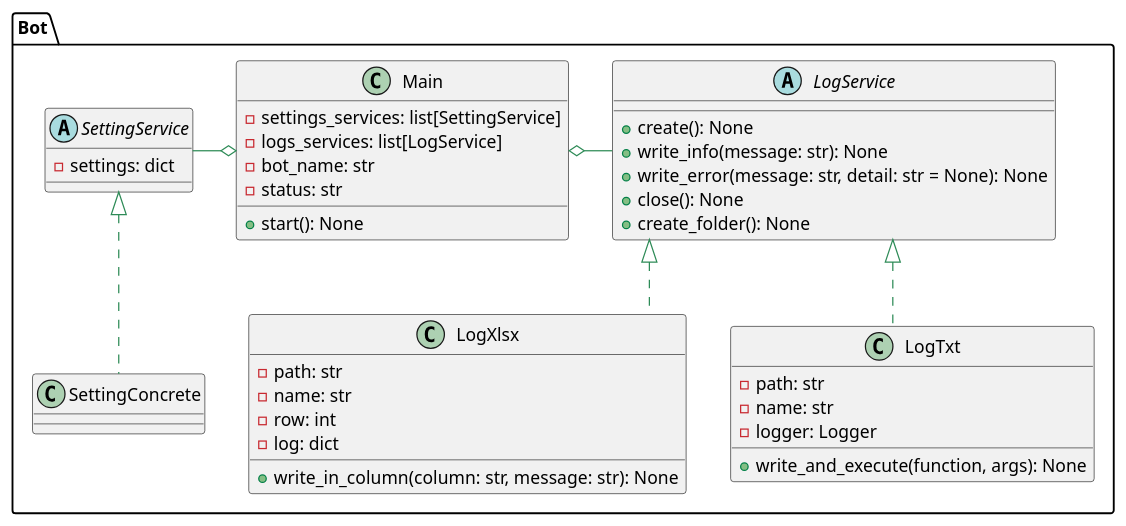
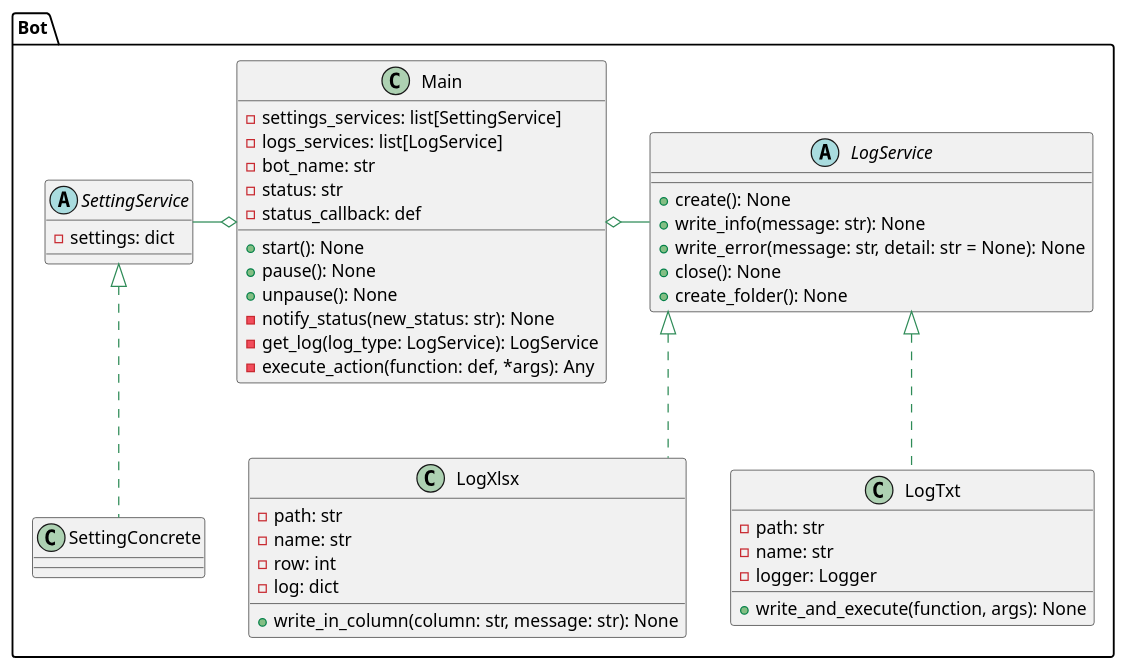
The diagram in diagram.puml (Gabs343/Template-bot), drawn with PlantUML before and after one commit.

Commit message:
diagram updated

```diff
--- a/diagram.puml
+++ b/diagram.puml
@@ -1,54 +1,60 @@
 @startuml  
 skinparam {
     linetype ortho
     ArrowColor SeaGreen
 }
 
 package Bot{
     class Main{
         - settings_services: list[SettingService]
         - logs_services: list[LogService]
         - bot_name: str
         - status: str
+        - status_callback: def
         + start(): None
+        + pause(): None
+        + unpause(): None
+        - notify_status(new_status: str): None
+        - get_log(log_type: LogService): LogService
+        - execute_action(function: def, *args): Any
     }
 
     abstract SettingService{
         - settings: dict
     }
     class SettingConcrete{}
 
     abstract LogService{
         + create(): None
         + write_info(message: str): None
         + write_error(message: str, detail: str = None): None
         + close(): None
         + create_folder(): None
     }
 
     class LogTxt{
         - path: str
         - name: str
         - logger: Logger
 
         + write_and_execute(function, args): None
     }
 
     class LogXlsx{
         - path: str
         - name: str
         - row: int
         - log: dict
 
         + write_in_column(column: str, message: str): None
     }
 }
 
 Main o-left- SettingService
 Main o-right- LogService
 
 SettingService <|.. SettingConcrete
 LogService <|.. LogTxt
 LogService <|.. LogXlsx
 
 @enduml 
```
